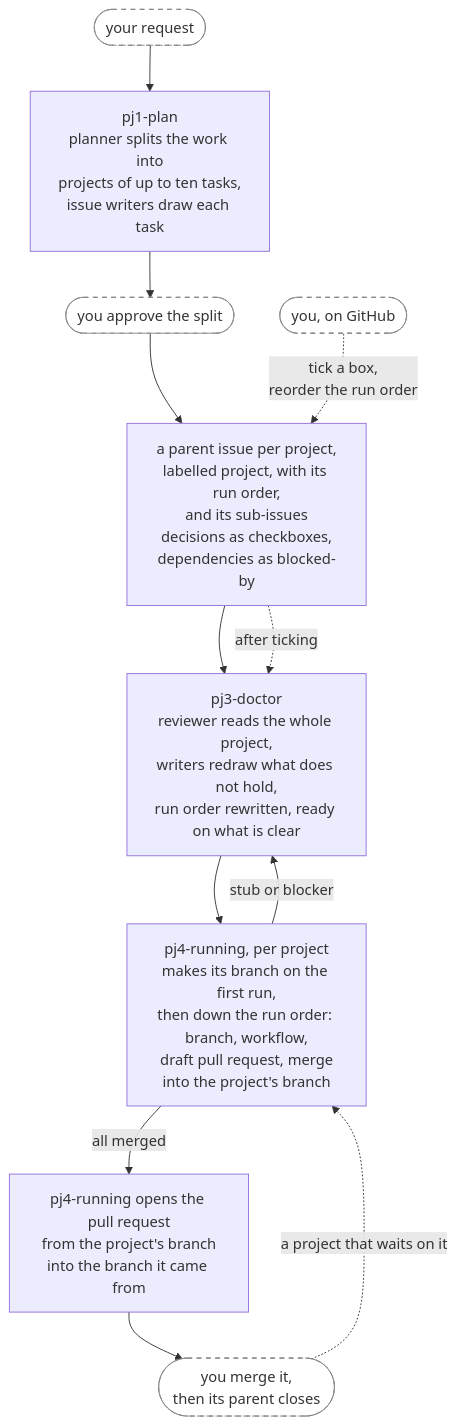
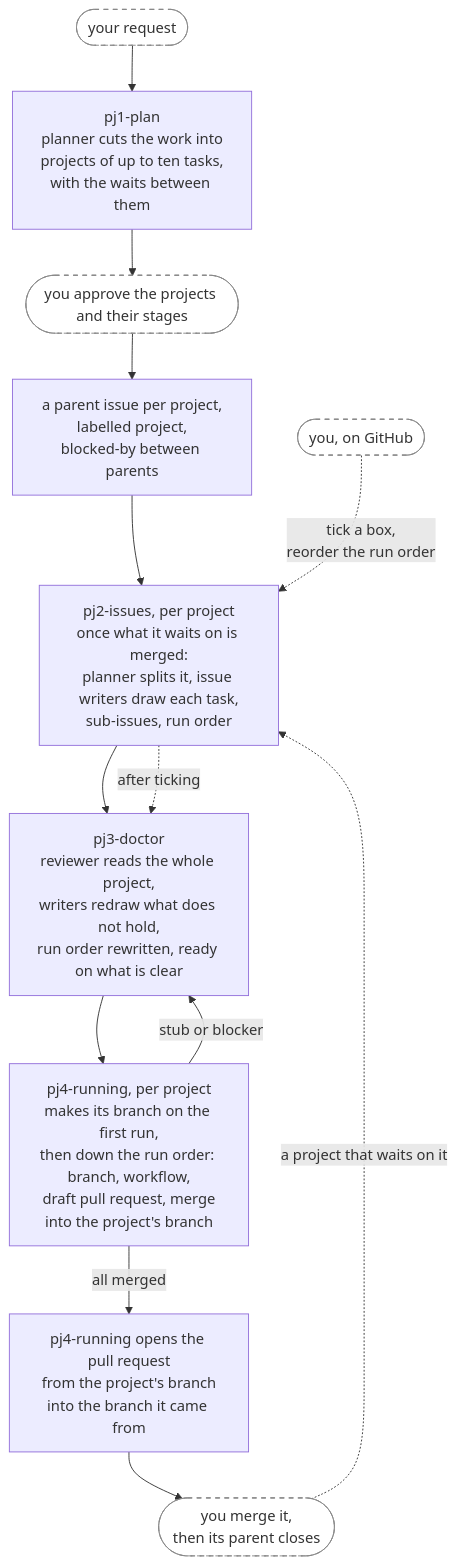
Before and after one commit to annetaan/claude-plugins: the third of 4 diagrams in plugins/annetaan/README.md, drawn with Mermaid. The commit also changed other lines of this file and 3 other files, not shown here.

````diff
--- a/plugins/annetaan/README.md
+++ b/plugins/annetaan/README.md
@@ -219,17 +238,18 @@
 ```mermaid
 flowchart TD
-    req(["your request"]) --> plan["pj1-plan<br/>planner splits the work into<br/>projects of up to ten tasks,<br/>issue writers draw each task"]
-    plan --> approve(["you approve the split"]) --> filed["a parent issue per project,<br/>labelled project, with its run order,<br/>and its sub-issues<br/>decisions as checkboxes,<br/>dependencies as blocked-by"]
-    filed --> doctor["pj3-doctor<br/>reviewer reads the whole project,<br/>writers redraw what does not hold,<br/>run order rewritten, ready on what is clear"]
+    req(["your request"]) --> plan["pj1-plan<br/>planner cuts the work into<br/>projects of up to ten tasks,<br/>with the waits between them"]
+    plan --> approve(["you approve the projects and their stages"]) --> filed["a parent issue per project,<br/>labelled project,<br/>blocked-by between parents"]
+    filed --> split["pj2-issues, per project<br/>once what it waits on is merged:<br/>planner splits it, issue writers draw each task,<br/>sub-issues, run order"]
+    split --> doctor["pj3-doctor<br/>reviewer reads the whole project,<br/>writers redraw what does not hold,<br/>run order rewritten, ready on what is clear"]
     doctor --> run["pj4-running, per project<br/>makes its branch on the first run,<br/>then down the run order: branch, workflow,<br/>draft pull request, merge<br/>into the project's branch"]
     run -->|"stub or blocker"| doctor
     run -->|"all merged"| pr["pj4-running opens the pull request<br/>from the project's branch<br/>into the branch it came from"]
     pr --> done(["you merge it,<br/>then its parent closes"])
-    done -.->|"a project that waits on it"| run
+    done -.->|"a project that waits on it"| split
 
-    you(["you, on GitHub"]) -.->|"tick a box,<br/>reorder the run order"| filed
-    filed -.->|"after ticking"| doctor
+    you(["you, on GitHub"]) -.->|"tick a box,<br/>reorder the run order"| split
+    split -.->|"after ticking"| doctor
 
     classDef human fill:#fff,stroke:#888,stroke-dasharray: 5 5
     class req,approve,you,done human
 ```
````
